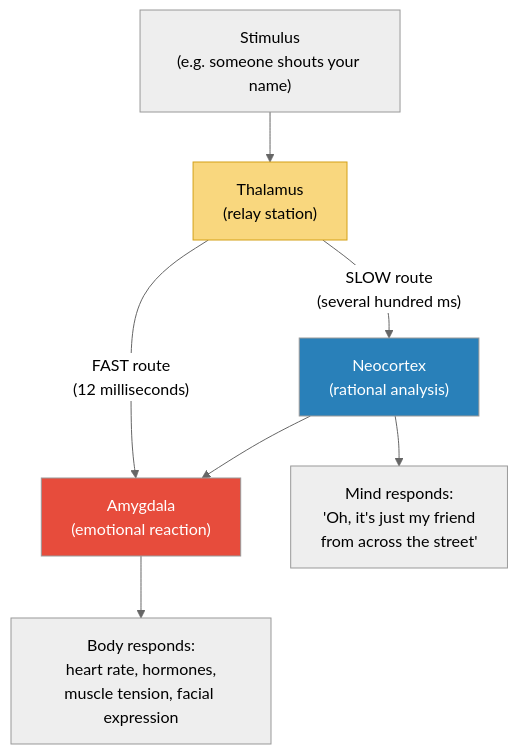
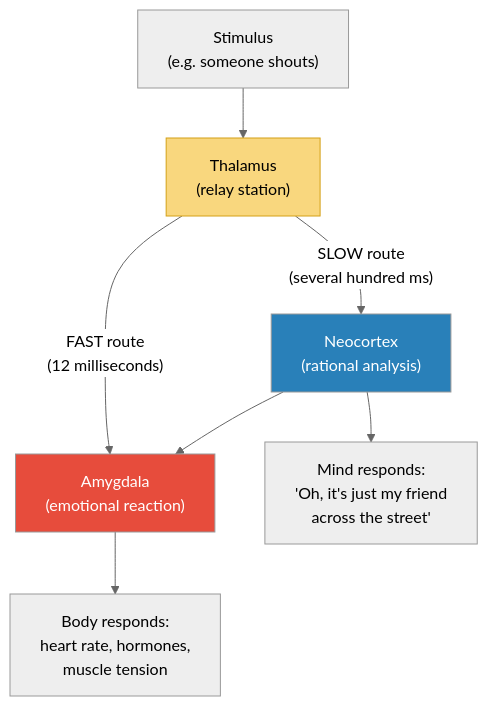
One commit to alius33/reader changed the second of 8 diagrams in summaries/Psychology & Decision Making/Emotional Intelligence - Daniel Goleman.md. Above: the diagram before and after it, drawn with Mermaid (neutral theme). The commit also changed other lines of this file and 272 other files, not shown here.

````diff
--- a/summaries/Psychology & Decision Making/Emotional Intelligence - Daniel Goleman.md
+++ b/summaries/Psychology & Decision Making/Emotional Intelligence - Daniel Goleman.md
@@ -94,12 +96,12 @@
 ```mermaid
 flowchart TD
-    A["Stimulus\n(e.g. someone shouts your name)"] --> B["Thalamus\n(relay station)"]
-    B -->|"FAST route\n(12 milliseconds)"| C["Amygdala\n(emotional reaction)"]
-    B -->|"SLOW route\n(several hundred ms)"| D["Neocortex\n(rational analysis)"]
+    A["Stimulus<br>(e.g. someone shouts)"] --> B["Thalamus<br>(relay station)"]
+    B -->|"FAST route<br>(12 milliseconds)"| C["Amygdala<br>(emotional reaction)"]
+    B -->|"SLOW route<br>(several hundred ms)"| D["Neocortex<br>(rational analysis)"]
     D --> C
-    C --> E["Body responds:\nheart rate, hormones,\nmuscle tension, facial expression"]
-    D --> F["Mind responds:\n'Oh, it's just my friend\nfrom across the street'"]
+    C --> E["Body responds:<br>heart rate, hormones,<br>muscle tension"]
+    D --> F["Mind responds:<br>'Oh, it's just my friend<br>across the street'"]
     style C fill:#e74c3c,color:#fff
     style D fill:#2980b9,color:#fff
     style B fill:#f9d77e,stroke:#d4a017
 ```
````
